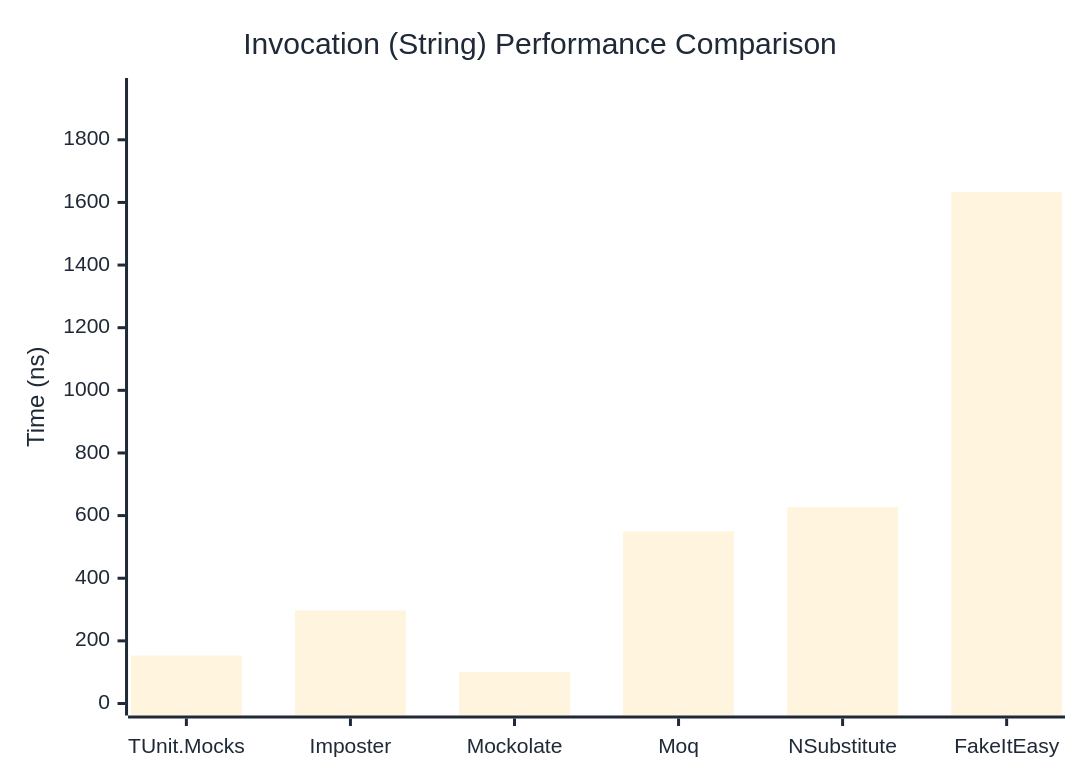
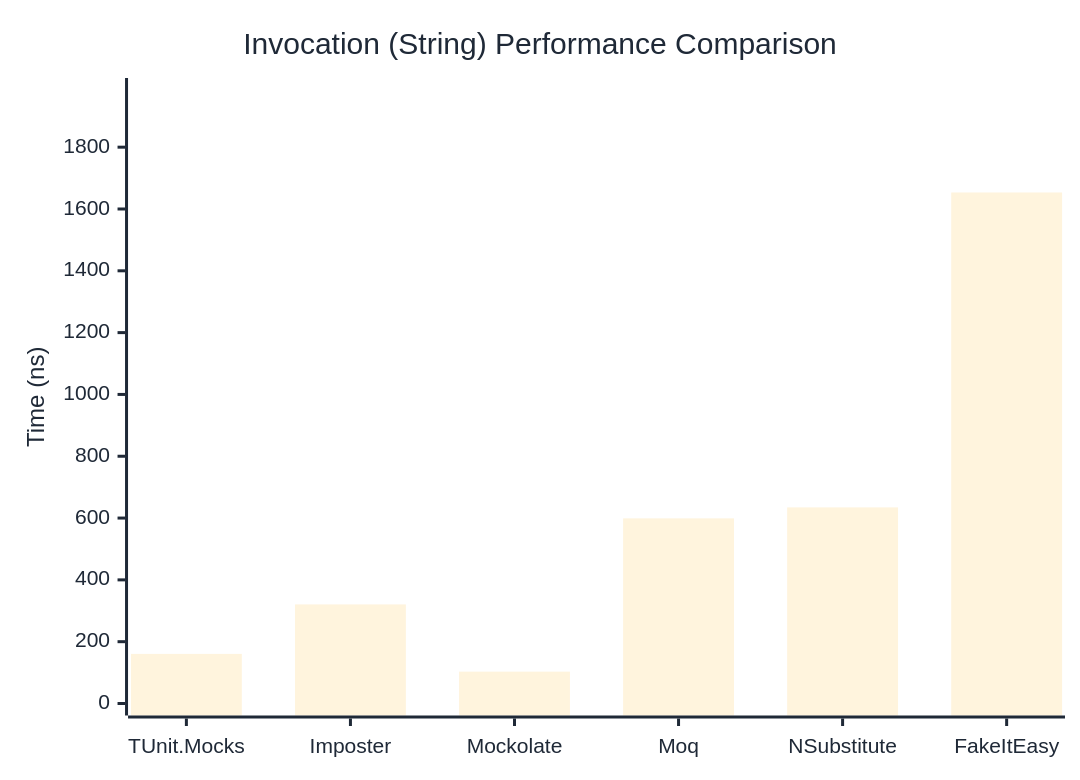
Before and after one commit to weiyilai/TUnit: the second of 3 diagrams in docs/docs/benchmarks/mocks/Invocation.md, drawn with Mermaid. The commit also changed other lines of this file and 14 other files, not shown here.

````diff
--- a/docs/docs/benchmarks/mocks/Invocation.md
+++ b/docs/docs/benchmarks/mocks/Invocation.md
@@ -69,27 +69,27 @@
 ```mermaid
 %%{init: {
   'theme':'base',
   'themeVariables': {
     'primaryColor': '#2563eb',
     'primaryTextColor': '#1f2937',
     'primaryBorderColor': '#1e40af',
     'lineColor': '#6b7280',
     'secondaryColor': '#7c3aed',
     'tertiaryColor': '#dc2626',
     'background': '#ffffff',
     'pie1': '#2563eb',
     'pie2': '#7c3aed',
     'pie3': '#dc2626',
     'pie4': '#f59e0b',
     'pie5': '#10b981',
     'pie6': '#06b6d4',
     'pie7': '#ec4899',
     'pie8': '#6366f1'
   }
 }}%%
 xychart-beta
   title "Invocation (String) Performance Comparison"
   x-axis ["TUnit.Mocks", "Imposter", "Mockolate", "Moq", "NSubstitute", "FakeItEasy"]
-  y-axis "Time (ns)" 0 --> 1959
-  bar [153.1, 297.2, 100.4, 549.4, 626.9, 1632.4]
+  y-axis "Time (ns)" 0 --> 1985
+  bar [160.5, 320.6, 103.1, 599, 634.5, 1653.4]
 ```
````
